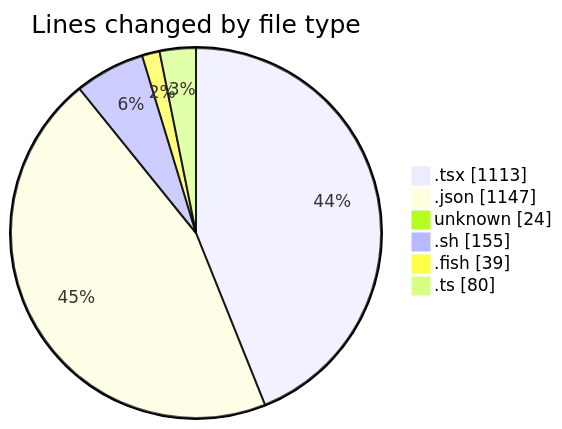
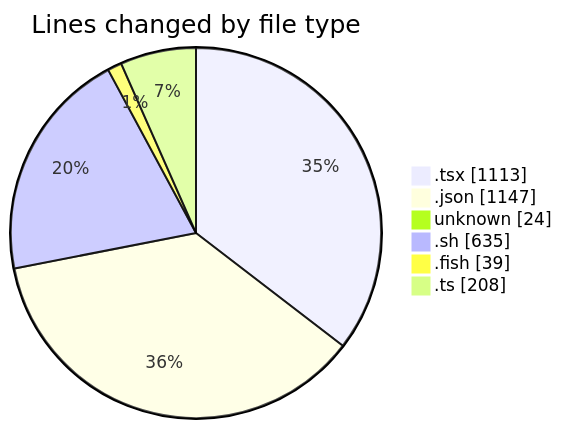
The first of 2 diagrams in 2025-07-17/ribbon/README.md (EIIisD/code-tracking), drawn with Mermaid before and after one commit. The commit also changed other lines of this file and 1 other file, not shown here.

````diff
--- a/2025-07-17/ribbon/README.md
+++ b/2025-07-17/ribbon/README.md
@@ -35,10 +38,10 @@
 ```mermaid
 pie showData
 title Lines changed by file type
 ".tsx" : 1113
 ".json" : 1147
 "unknown" : 24
-".sh" : 155
+".sh" : 635
 ".fish" : 39
-".ts" : 80
+".ts" : 208
 ```
````
